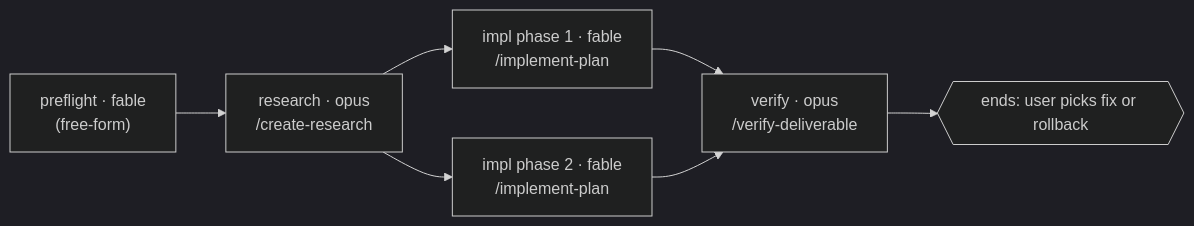
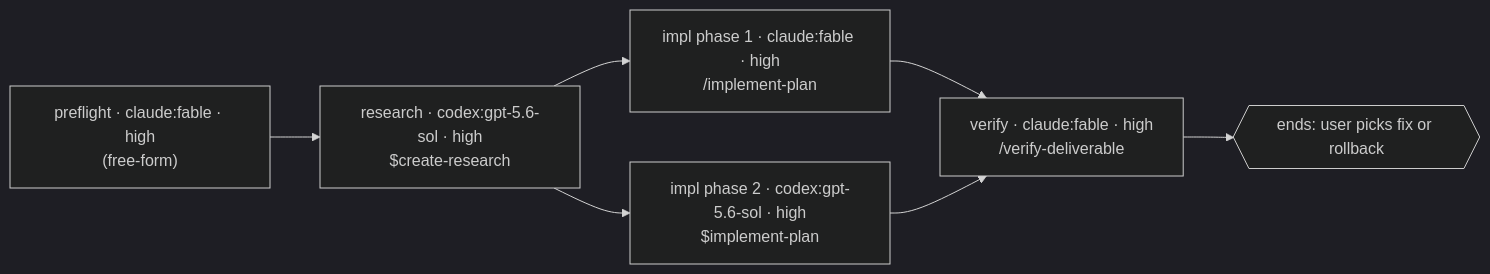
The diagram in skills/create-workflow/SKILL.md (ariavasulin/my-skills), drawn with Mermaid (dark theme) before and after one commit. The commit also changed other lines of this file and 4 other files, not shown here.

````diff
--- a/skills/create-workflow/SKILL.md
+++ b/skills/create-workflow/SKILL.md
@@ -95,9 +128,9 @@
 ```mermaid
 flowchart LR
-  P["preflight · fable<br>(free-form)"] --> R[research · opus<br>/create-research]
-  R --> I1[impl phase 1 · fable<br>/implement-plan]
-  R --> I2[impl phase 2 · fable<br>/implement-plan]
-  I1 --> V[verify · opus<br>/verify-deliverable]
+  P["preflight · claude:fable · high<br>(free-form)"] --> R[research · codex:gpt-5.6-sol · high<br>$create-research]
+  R --> I1[impl phase 1 · claude:fable · high<br>/implement-plan]
+  R --> I2[impl phase 2 · codex:gpt-5.6-sol · high<br>$implement-plan]
+  I1 --> V[verify · claude:fable · high<br>/verify-deliverable]
   I2 --> V
   V --> H{{ends: user picks fix or rollback}}
 ```
````
